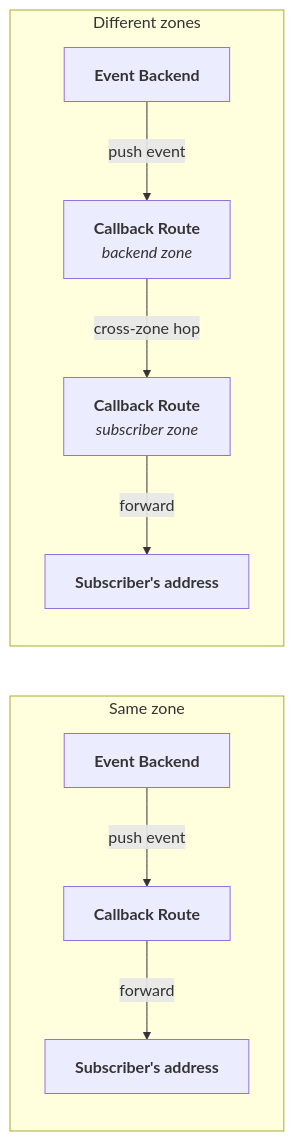
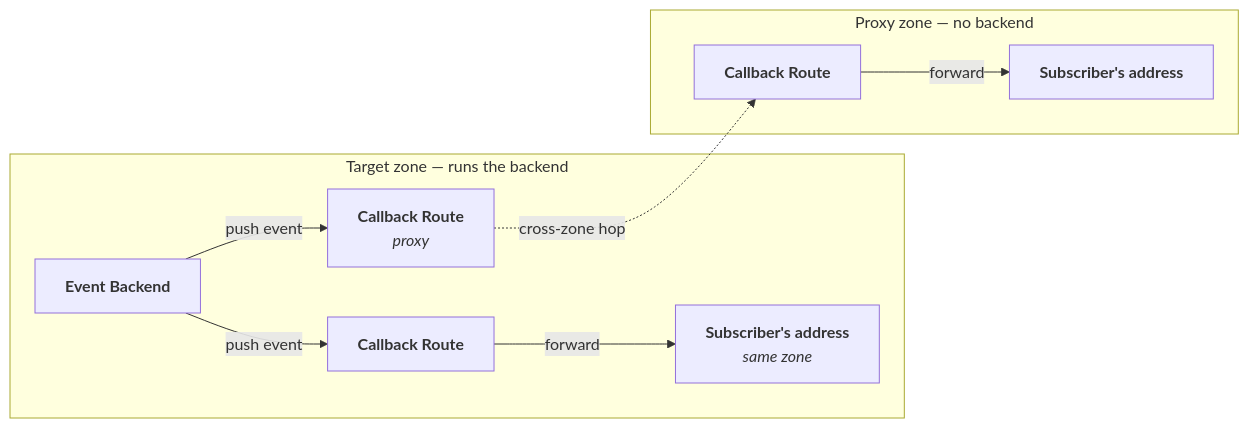
Before and after one commit to telekom/controlplane: the second of 4 diagrams in docs/docs/architecture/event.mdx, drawn with Mermaid. The commit also changed other lines of this file and 4 other files, not shown here.

Commit message:
docs: event-routes and event-proxy docs are clearer

````diff
--- a/docs/docs/architecture/event.mdx
+++ b/docs/docs/architecture/event.mdx
@@ -68,13 +77,14 @@
 ```mermaid
 graph LR
-    subgraph Local["Same zone"]
-        H1["<b>Event Backend</b>"] -->|"push event"| CR1["<b>Callback Route</b>"]
-        CR1 -->|"forward"| S1["<b>Subscriber's address</b>"]
+    subgraph TZ["Target zone — runs the backend"]
+        B["<b>Event Backend</b>"] -->|"push event"| CR1["<b>Callback Route</b>"]
+        CR1 -->|"forward"| S1["<b>Subscriber's address</b><br/><i>same zone</i>"]
+        B -->|"push event"| CR2["<b>Callback Route</b><br/><i>proxy</i>"]
     end
 
-    subgraph Cross["Different zones"]
-        H2["<b>Event Backend</b>"] -->|"push event"| CR2["<b>Callback Route</b><br/><i>backend zone</i>"]
-        CR2 -->|"cross-zone hop"| CR3["<b>Callback Route</b><br/><i>subscriber zone</i>"]
-        CR3 -->|"forward"| S2["<b>Subscriber's address</b>"]
+    subgraph PZ["Proxy zone — no backend"]
+        CR3["<b>Callback Route</b>"] -->|"forward"| S2["<b>Subscriber's address</b>"]
     end
+
+    CR2 -.->|"cross-zone hop"| CR3
 ```
````
